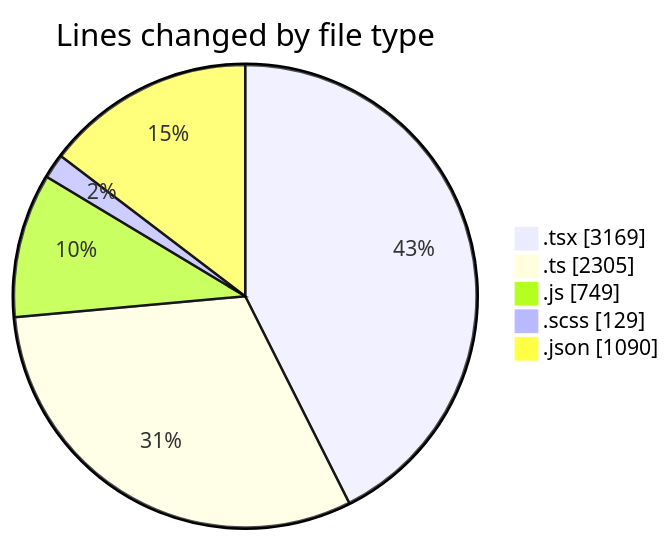
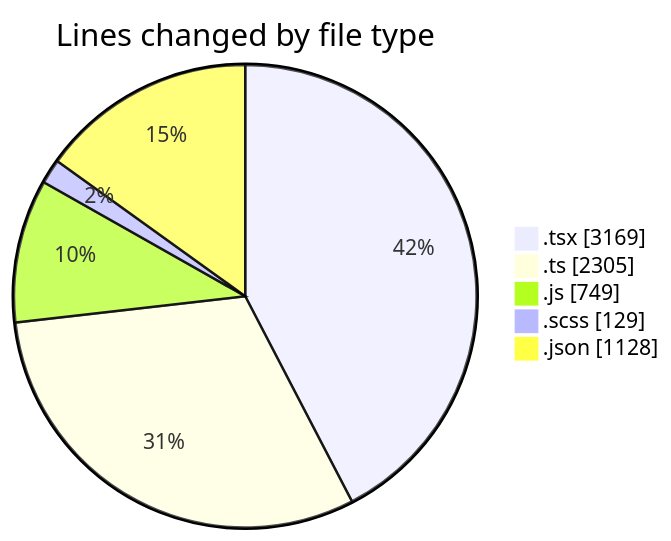
Before and after one commit to momahboobian/code-tracking: the first of 2 diagrams in 2026-06-15/cda/README.md, drawn with Mermaid. The commit also changed other lines of this file and 1 other file, not shown here.

````diff
--- a/2026-06-15/cda/README.md
+++ b/2026-06-15/cda/README.md
@@ -61,9 +61,9 @@
 ```mermaid
 pie showData
 title Lines changed by file type
 ".tsx" : 3169
 ".ts" : 2305
 ".js" : 749
 ".scss" : 129
-".json" : 1090
+".json" : 1128
 ```
````
